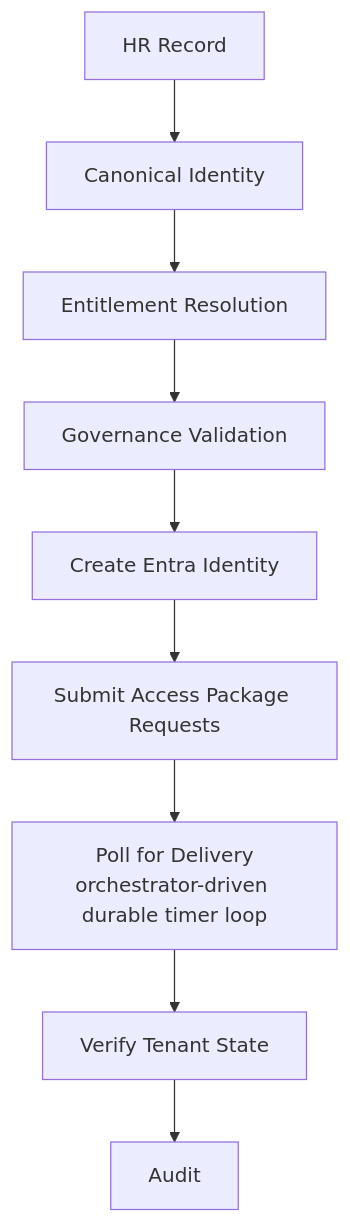
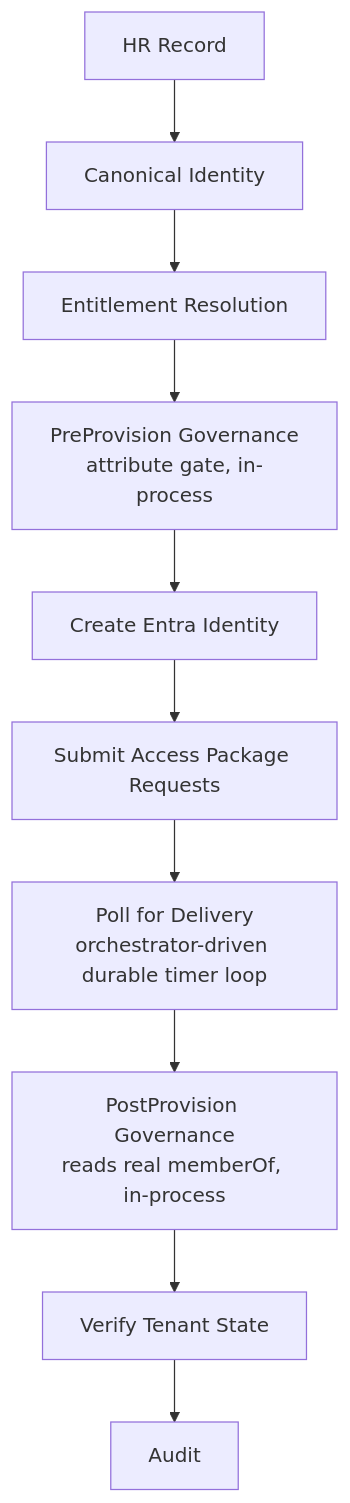
Before and after one commit to donhenzo/JML-EnigneV2: the first of 5 diagrams in READme.md, drawn with Mermaid. The commit also changed other lines of this file and 6 other files, not shown here.

````diff
--- a/READme.md
+++ b/READme.md
@@ -19,11 +19,12 @@
 ```mermaid
 flowchart TD
     HR["HR Record"] --> CI["Canonical Identity"]
     CI --> ER["Entitlement Resolution"]
-    ER --> GV["Governance Validation"]
-    GV --> CU["Create Entra Identity"]
+    ER --> PRE["PreProvision Governance<br/>attribute gate, in-process"]
+    PRE --> CU["Create Entra Identity"]
     CU --> SUB["Submit Access Package Requests"]
     SUB --> POLL["Poll for Delivery<br/>orchestrator-driven durable timer loop"]
-    POLL --> VER["Verify Tenant State"]
+    POLL --> POST["PostProvision Governance<br/>reads real memberOf, in-process"]
+    POST --> VER["Verify Tenant State"]
     VER --> AUD["Audit"]
 ```
````
